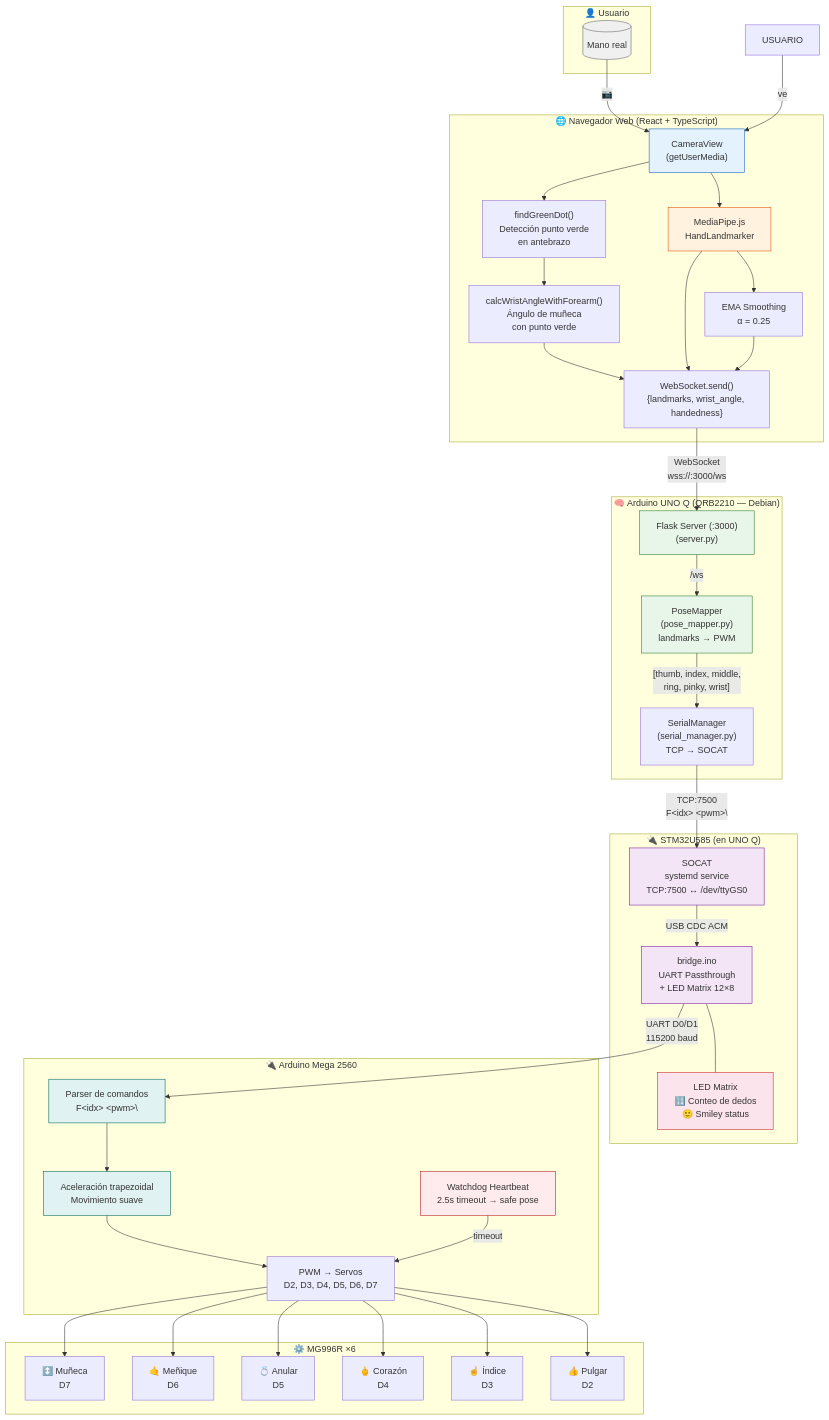
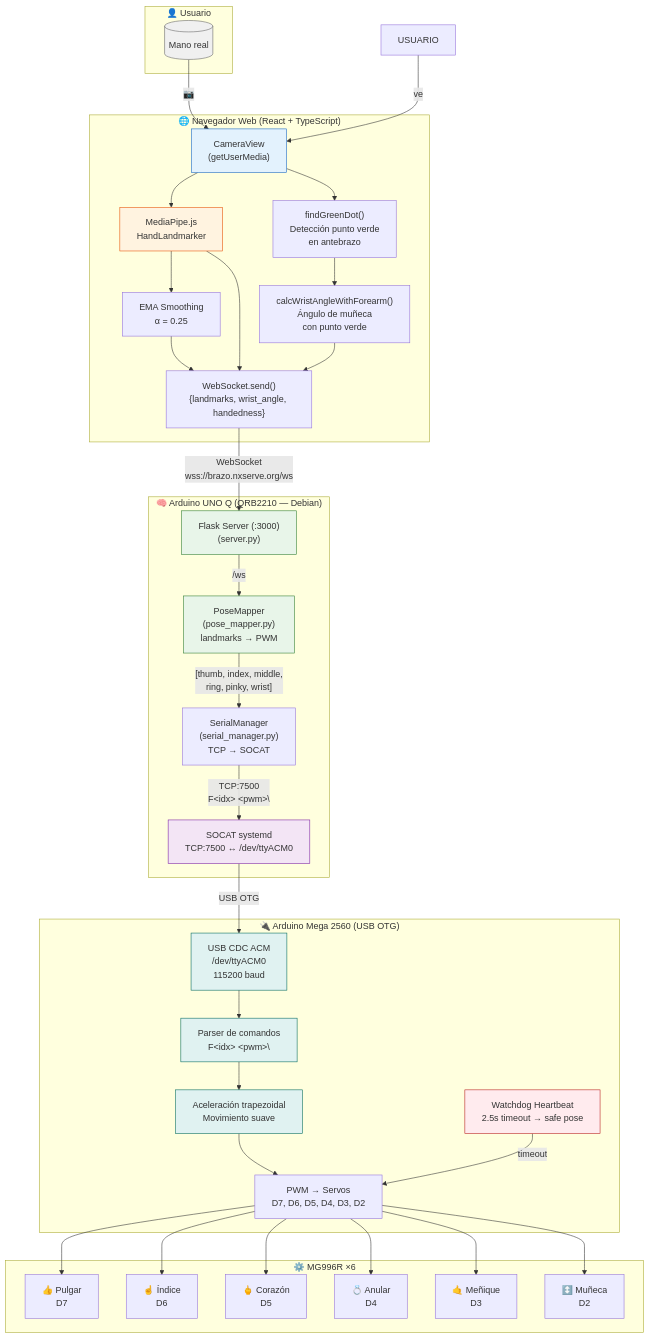
One commit to fxMT-nx/BrazoRoboticoV2 changed the diagram in README.md. Above: the diagram before and after it, drawn with Mermaid. The commit also changed other lines of this file, not shown here.

Commit message:
README: corregido cableado a USB OTG, diseño principios actualizado, sección alimentación mejorada

```diff
--- a/README.md
+++ b/README.md
@@ -137,42 +141,36 @@
         
         FLASK -->|"/ws"| PM
         PM -->|"[thumb, index, middle,<br/>ring, pinky, wrist]"| SM
+        SOCAT["SOCAT systemd<br/>TCP:7500 ↔ /dev/ttyACM0"]
+        SM -->|"TCP:7500<br/>F&lt;idx&gt; &lt;pwm&gt;\\n"| SOCAT
     end
 
-    subgraph STM32["🔌 STM32U585 (en UNO Q)"]
-        SOCAT["SOCAT<br/>systemd service<br/>TCP:7500 ↔ /dev/ttyGS0"]
-        BRIDGE["bridge.ino<br/>UART Passthrough<br/>+ LED Matrix 12×8"]
-        LED["LED Matrix<br/>🔢 Conteo de dedos<br/>🙂 Smiley status"]
-        
-        SOCAT -->|"USB CDC ACM"| BRIDGE
-        BRIDGE --- LED
-    end
-
-    subgraph Mega["🔌 Arduino Mega 2560"]
+    subgraph Mega["🔌 Arduino Mega 2560 (USB OTG)"]
+        USB["USB CDC ACM<br/>/dev/ttyACM0<br/>115200 baud"]
         PARSER["Parser de comandos<br/>F&lt;idx&gt; &lt;pwm&gt;\\n"]
         TRAP["Aceleración trapezoidal<br/>Movimiento suave"]
         WD["Watchdog Heartbeat<br/>2.5s timeout → safe pose"]
-        PWM["PWM → Servos<br/>D2, D3, D4, D5, D6, D7"]
+        PWM["PWM → Servos<br/>D7, D6, D5, D4, D3, D2"]
         
+        SOCAT -->|"USB OTG"| USB
+        USB --> PARSER
         PARSER --> TRAP
         TRAP --> PWM
         WD -->|"timeout"| PWM
     end
 
     subgraph Servos["⚙️ MG996R ×6"]
-    T["👍 Pulgar<br/>D2"]
-    I["☝️ Índice<br/>D3"]
-    M["🖕 Corazón<br/>D4"]
-    R["💍 Anular<br/>D5"]
-    P["🤙 Meñique<br/>D6"]
-    W["↕️ Muñeca<br/>D7"]
+    T["👍 Pulgar<br/>D7"]
+    I["☝️ Índice<br/>D6"]
+    M["🖕 Corazón<br/>D5"]
+    R["💍 Anular<br/>D4"]
+    P["🤙 Meñique<br/>D3"]
+    W["↕️ Muñeca<br/>D2"]
     end
 
     USUARIO -->|"ve"| CAM
     HAND -->|"📷"| CAM
-    WS_SEND -->|"WebSocket<br/>wss://:3000/ws"| FLASK
-    SM -->|"TCP:7500<br/>F&lt;idx&gt; &lt;pwm&gt;\\n"| SOCAT
-    BRIDGE -->|"UART D0/D1<br/>115200 baud"| PARSER
+    WS_SEND -->|"WebSocket<br/>wss://brazo.nxserve.org/ws"| FLASK
     PWM --> T
     PWM --> I
     PWM --> M
@@ -186,8 +184,7 @@
     style FLASK fill:#e8f5e9,stroke:#2e7d32
     style PM fill:#e8f5e9,stroke:#2e7d32
     style SOCAT fill:#f3e5f5,stroke:#7b1fa2
-    style BRIDGE fill:#f3e5f5,stroke:#7b1fa2
-    style LED fill:#fce4ec,stroke:#c62828
+    style USB fill:#e0f2f1,stroke:#00695c
     style PARSER fill:#e0f2f1,stroke:#00695c
     style TRAP fill:#e0f2f1,stroke:#00695c
     style WD fill:#ffebee,stroke:#b71c1c
```
